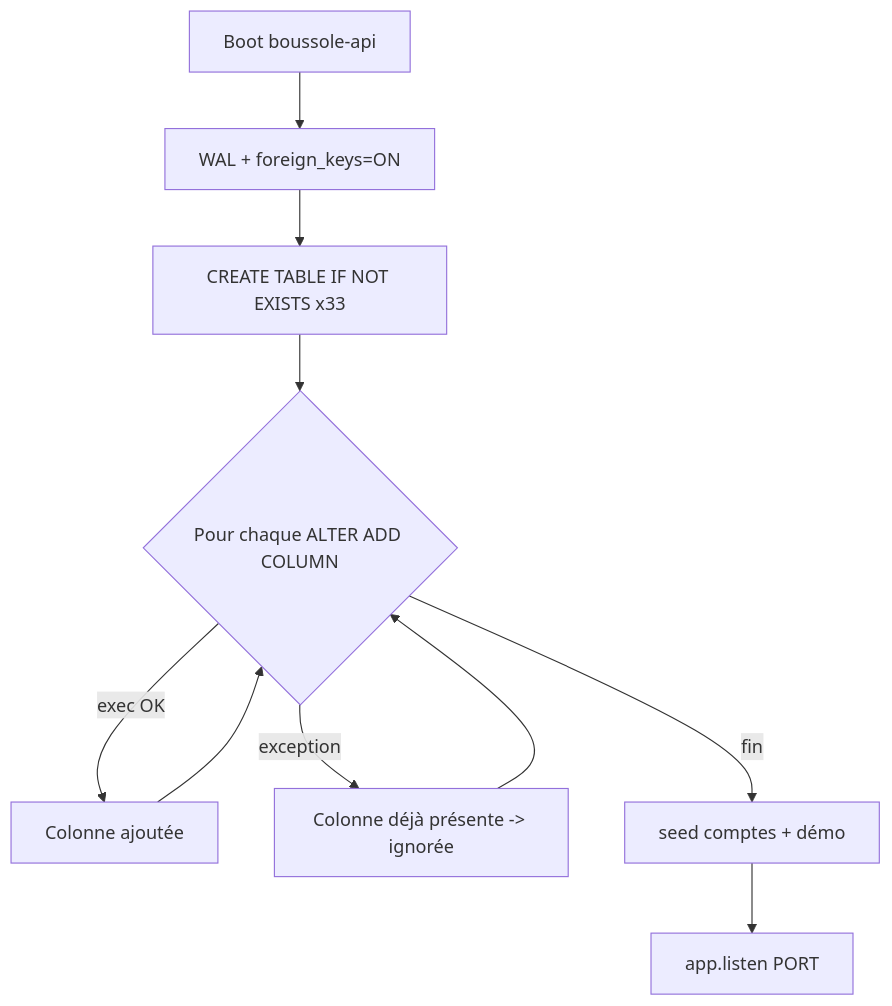
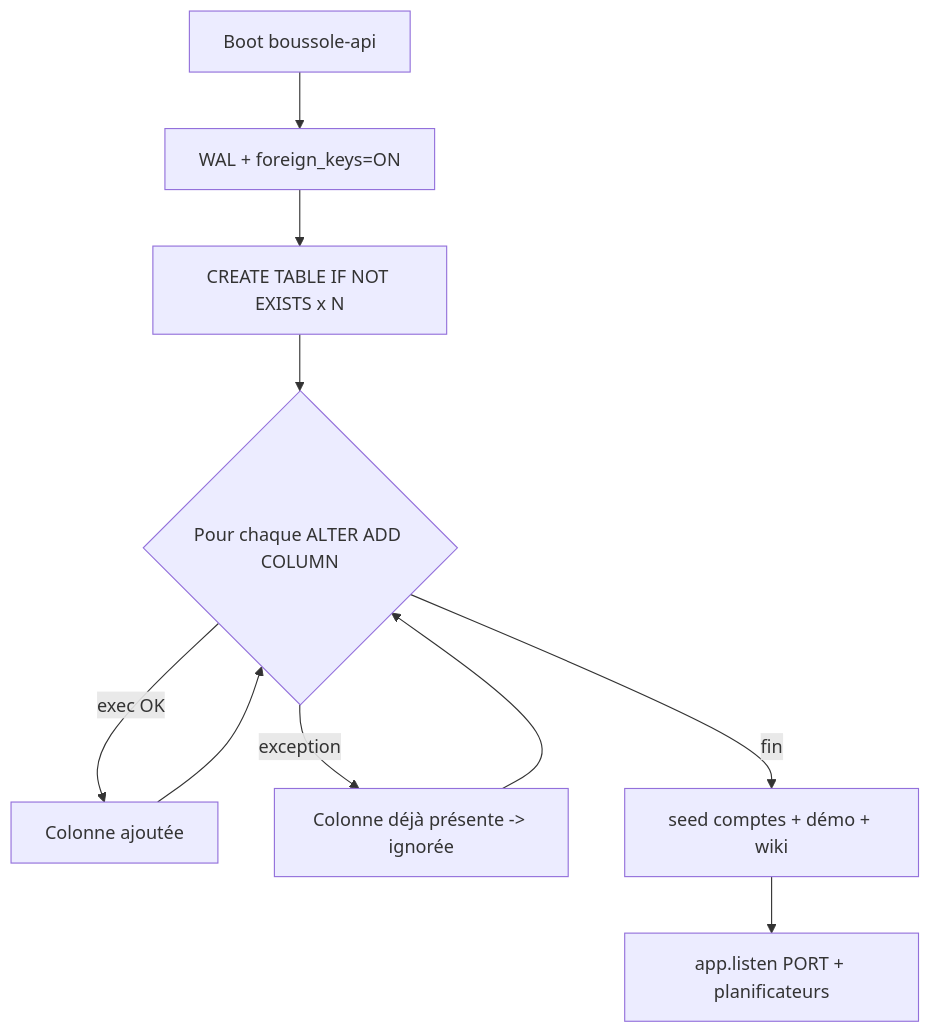
Before and after one commit to melafrit/FAD130_accompagnement_pro: the sixth of 8 diagrams in app/api/src/wiki/content/operations.md, drawn with Mermaid. The commit also changed other lines of this file and 14 other files, not shown here.

````diff
--- a/app/api/src/wiki/content/operations.md
+++ b/app/api/src/wiki/content/operations.md
@@ -286,12 +332,12 @@
 ```mermaid
 flowchart TD
   Start[Boot boussole-api] --> Pragma[WAL + foreign_keys=ON]
-  Pragma --> Create[CREATE TABLE IF NOT EXISTS x33]
+  Pragma --> Create[CREATE TABLE IF NOT EXISTS x N]
   Create --> Loop{Pour chaque ALTER ADD COLUMN}
   Loop -->|exec OK| Next[Colonne ajoutée]
   Loop -->|exception| Skip[Colonne déjà présente -> ignorée]
   Next --> Loop
   Skip --> Loop
-  Loop -->|fin| Seed[seed comptes + démo]
-  Seed --> Listen[app.listen PORT]
+  Loop -->|fin| Seed[seed comptes + démo + wiki]
+  Seed --> Listen[app.listen PORT + planificateurs]
 ```
````
